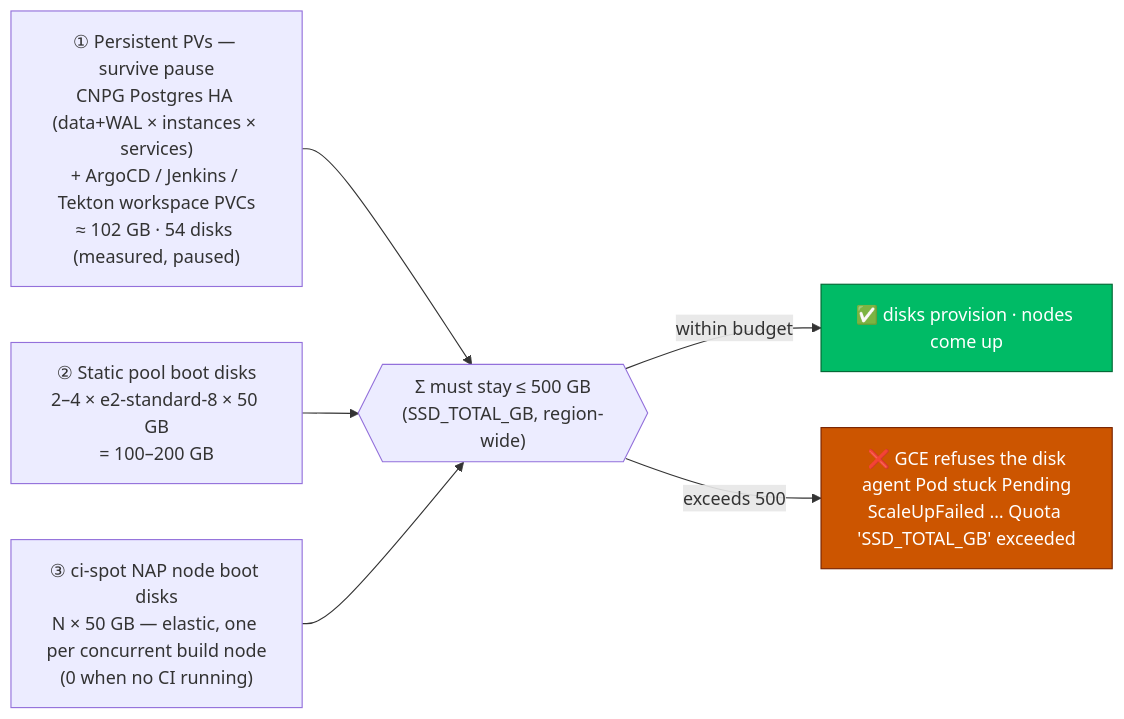
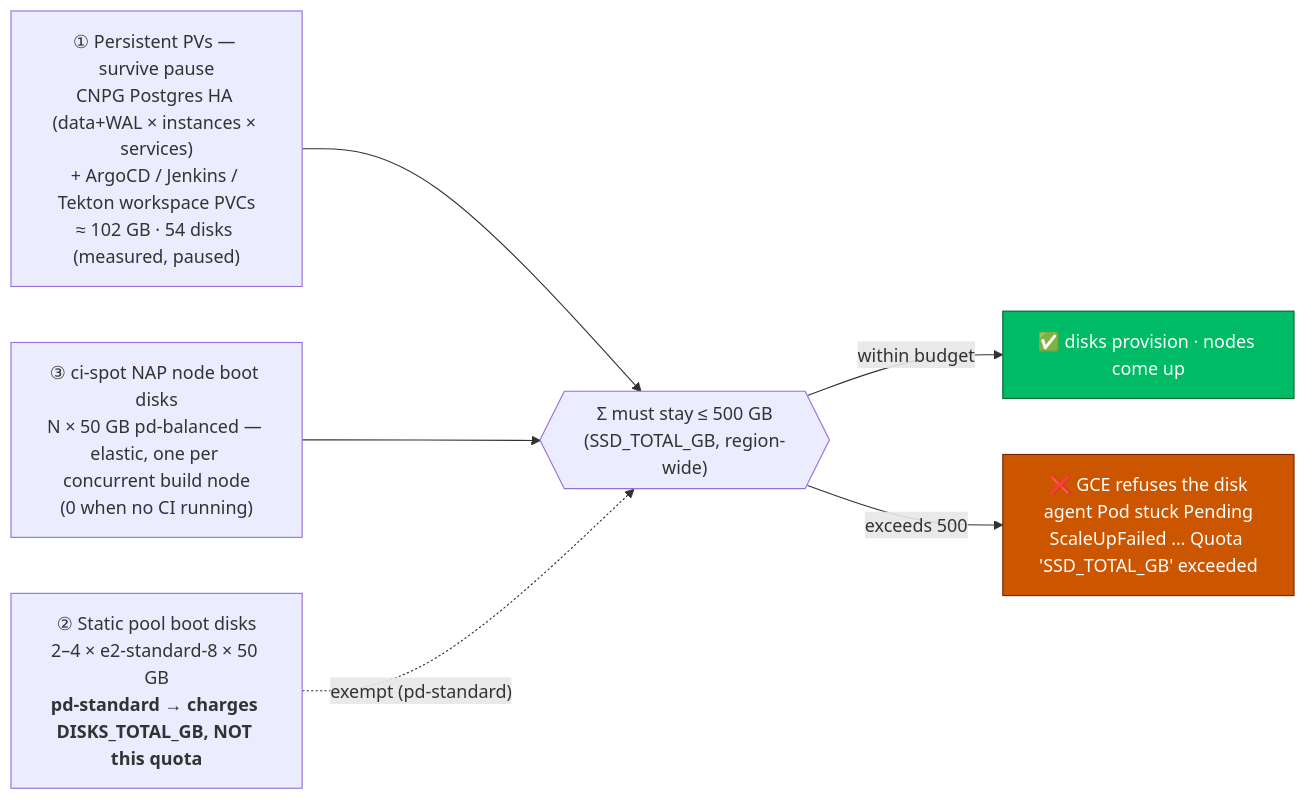
Before and after one commit to nubenetes/jenkins-2026: the fourth of 12 diagrams in docs/501-PLATFORM_OPERATIONS.md, drawn with Mermaid. The commit also changed other lines of this file and 48 other files, not shown here.

````diff
--- a/docs/501-PLATFORM_OPERATIONS.md
+++ b/docs/501-PLATFORM_OPERATIONS.md
@@ -316,17 +324,17 @@
 ```mermaid
 flowchart LR
     PV["① Persistent PVs — survive pause<br/>CNPG Postgres HA (data+WAL × instances × services)<br/>+ ArgoCD / Jenkins / Tekton workspace PVCs<br/>≈ 102 GB · 54 disks (measured, paused)"]
-    STATIC["② Static pool boot disks<br/>2–4 × e2-standard-8 × 50 GB<br/>= 100–200 GB"]
-    SPOT["③ ci-spot NAP node boot disks<br/>N × 50 GB — elastic, one per concurrent build node<br/>(0 when no CI running)"]
+    STATIC["② Static pool boot disks<br/>2–4 × e2-standard-8 × 50 GB<br/><b>pd-standard → charges DISKS_TOTAL_GB, NOT this quota</b>"]
+    SPOT["③ ci-spot NAP node boot disks<br/>N × 50 GB pd-balanced — elastic, one per concurrent build node<br/>(0 when no CI running)"]
 
     PV --> SUM{{"Σ must stay ≤ 500 GB<br/>(SSD_TOTAL_GB, region-wide)"}}
-    STATIC --> SUM
     SPOT --> SUM
+    STATIC -. "exempt (pd-standard)" .-> SUM
     SUM -->|"within budget"| OK["✅ disks provision · nodes come up"]
     SUM -->|"exceeds 500"| BAD["❌ GCE refuses the disk<br/>agent Pod stuck Pending<br/>ScaleUpFailed … Quota 'SSD_TOTAL_GB' exceeded"]
 
     classDef ok fill:#0b6,stroke:#063,color:#fff;
     classDef bad fill:#c50,stroke:#720,color:#fff;
     class OK ok;
     class BAD bad;
 ```
````
